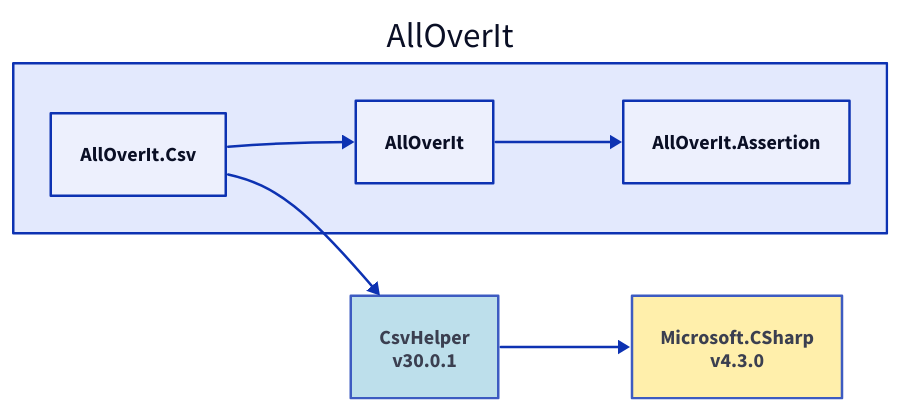
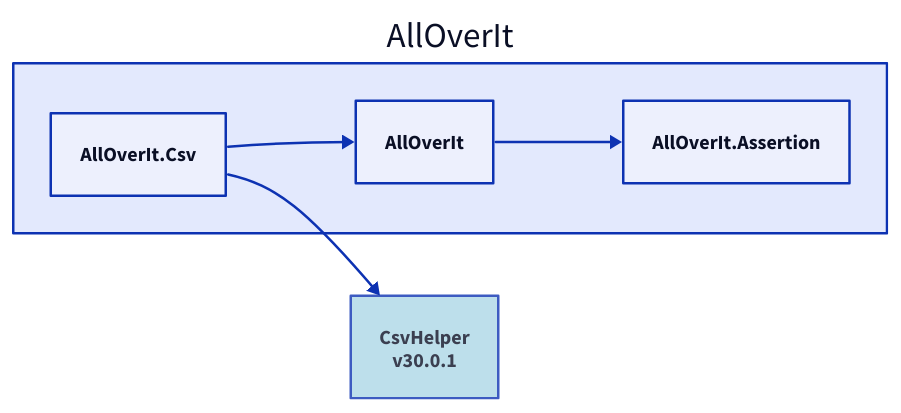
Before and after one commit to nickathone/AllOverIt: the diagram in Docs/Dependencies/alloverit-csv.d2, drawn with D2. The commit also changed 30 other files, not shown here.

Commit message:
Dependency diagram updates

```diff
--- a/Docs/Dependencies/alloverit-csv.d2
+++ b/Docs/Dependencies/alloverit-csv.d2
@@ -1,16 +1,12 @@
 direction: right
 
 aoi: AllOverIt
 aoi.alloverit-csv: AllOverIt.Csv
 csvhelper_30-0-1: CsvHelper\nv30.0.1
 csvhelper_30-0-1.style.fill: "#ADD8E6"
 csvhelper_30-0-1.style.opacity: 0.8
-microsoft-csharp_4-3-0: Microsoft.CSharp\nv4.3.0
-microsoft-csharp_4-3-0.style.fill: "#FFEC96"
-microsoft-csharp_4-3-0.style.opacity: 0.8
-microsoft-csharp_4-3-0 <- csvhelper_30-0-1
 csvhelper_30-0-1 <- aoi.alloverit-csv
 aoi.alloverit: AllOverIt
 aoi.alloverit-assertion: AllOverIt.Assertion
 aoi.alloverit-assertion <- aoi.alloverit
 aoi.alloverit <- aoi.alloverit-csv
```
